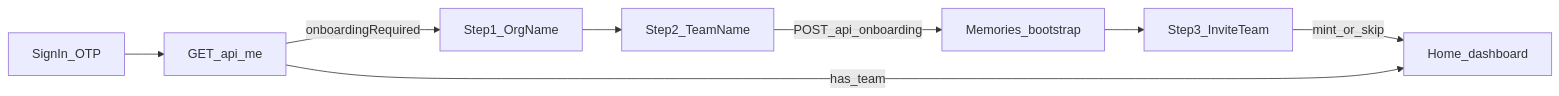
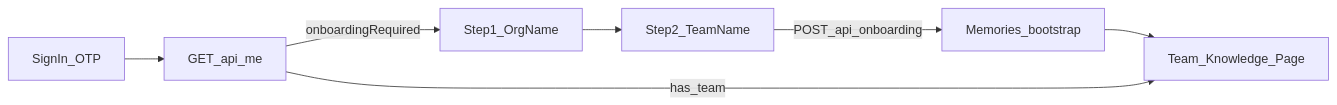
The diagram in .brain/product/exedra/onboarding.md (khoralabs/khora), drawn with Mermaid before and after one commit. The commit also changed other lines of this file and 6 other files, not shown here.

Commit message:
remove mandatory initial session creation and redirect to knowledge page after onboarding

````diff
--- a/.brain/product/exedra/onboarding.md
+++ b/.brain/product/exedra/onboarding.md
@@ -7,10 +7,9 @@
 ```mermaid
 flowchart LR
   signIn[SignIn_OTP] --> me[GET_api_me]
   me -->|onboardingRequired| step1[Step1_OrgName]
   step1 --> step2[Step2_TeamName]
   step2 -->|POST_api_onboarding| bootstrap[Memories_bootstrap]
-  bootstrap --> step3[Step3_InviteTeam]
-  step3 -->|mint_or_skip| home[Home_dashboard]
-  me -->|has_team| home
+  bootstrap --> knowledge[Team_Knowledge_Page]
+  me -->|has_team| knowledge
 ```
````
